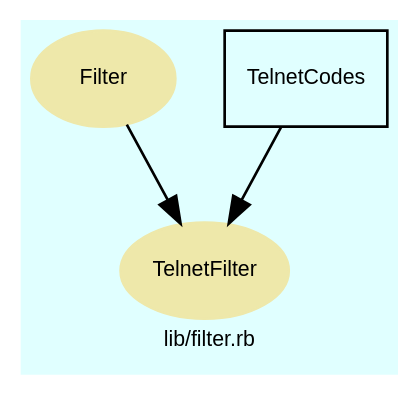
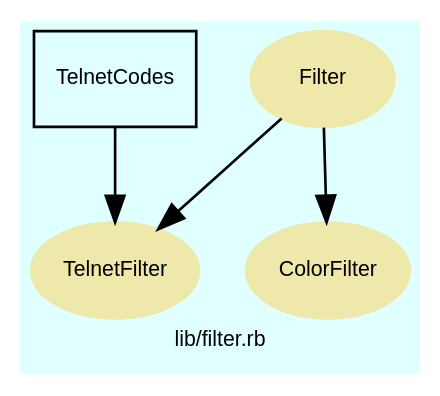
Before and after one commit to Tyche/teensymud: the diagram in doc/dot/f_8.dot, drawn with Graphviz. The commit also changed 121 other files, not shown here.

```diff
--- a/doc/dot/f_8.dot
+++ b/doc/dot/f_8.dot
@@ -1,45 +1,58 @@
 digraph TopLevel {
     compound = true
     bgcolor = lightcyan1
     fontname = Arial
     fontsize = 8
     label = "lib/filter.rb"
     node [
         fontname = Arial,
         fontsize = 8,
         color = black
     ]
 
     TelnetFilter [
         fontcolor = black,
         URL = "classes/TelnetFilter.html",
         shape = ellipse,
         color = palegoldenrod,
         style = filled,
         label = "TelnetFilter"
     ]
 
     Filter [
         fontcolor = black,
         URL = "classes/Filter.html",
         shape = ellipse,
         color = palegoldenrod,
         style = filled,
         label = "Filter"
     ]
 
+    ColorFilter [
+        fontcolor = black,
+        URL = "classes/ColorFilter.html",
+        shape = ellipse,
+        color = palegoldenrod,
+        style = filled,
+        label = "ColorFilter"
+    ]
+
     TelnetCodes [
         URL = "classes/TelnetCodes.html",
         shape = box,
         label = "TelnetCodes"
     ]
 
     TelnetCodes -> TelnetFilter [
 
     ]
 
     Filter -> TelnetFilter [
 
     ]
 
+    Filter -> ColorFilter [
+
+    ]
+
 }
```
